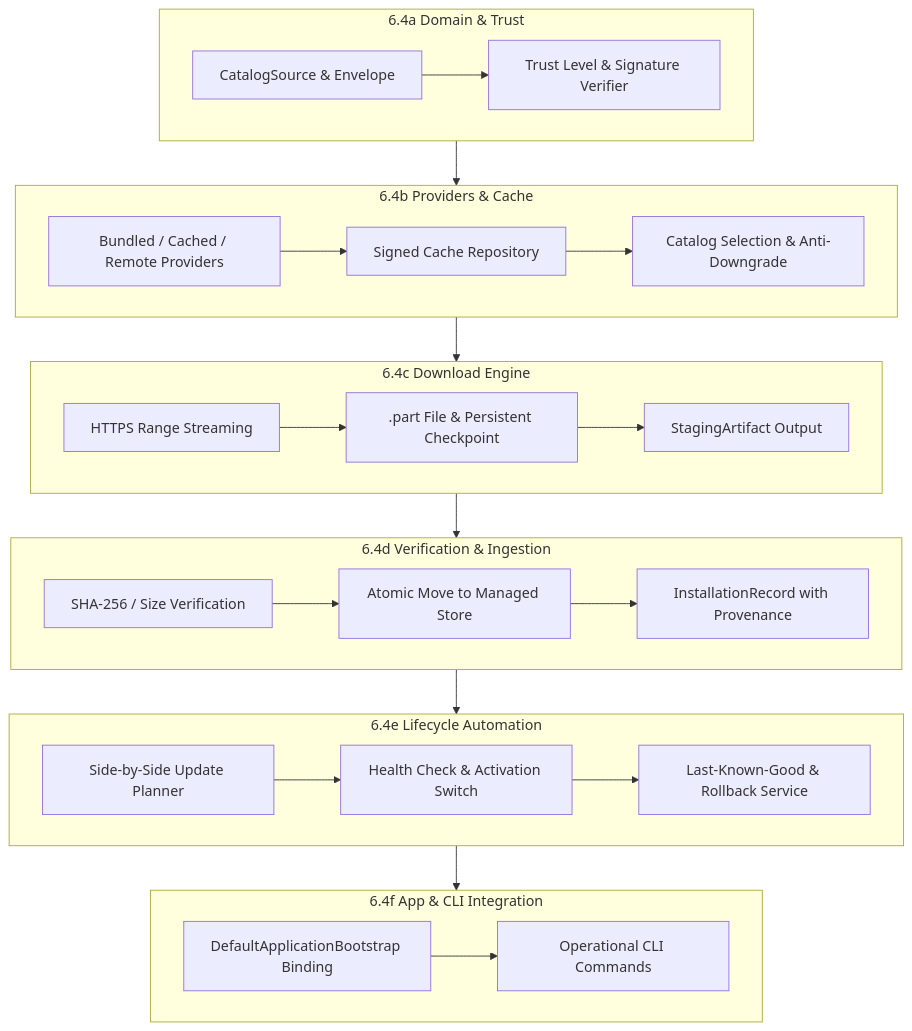
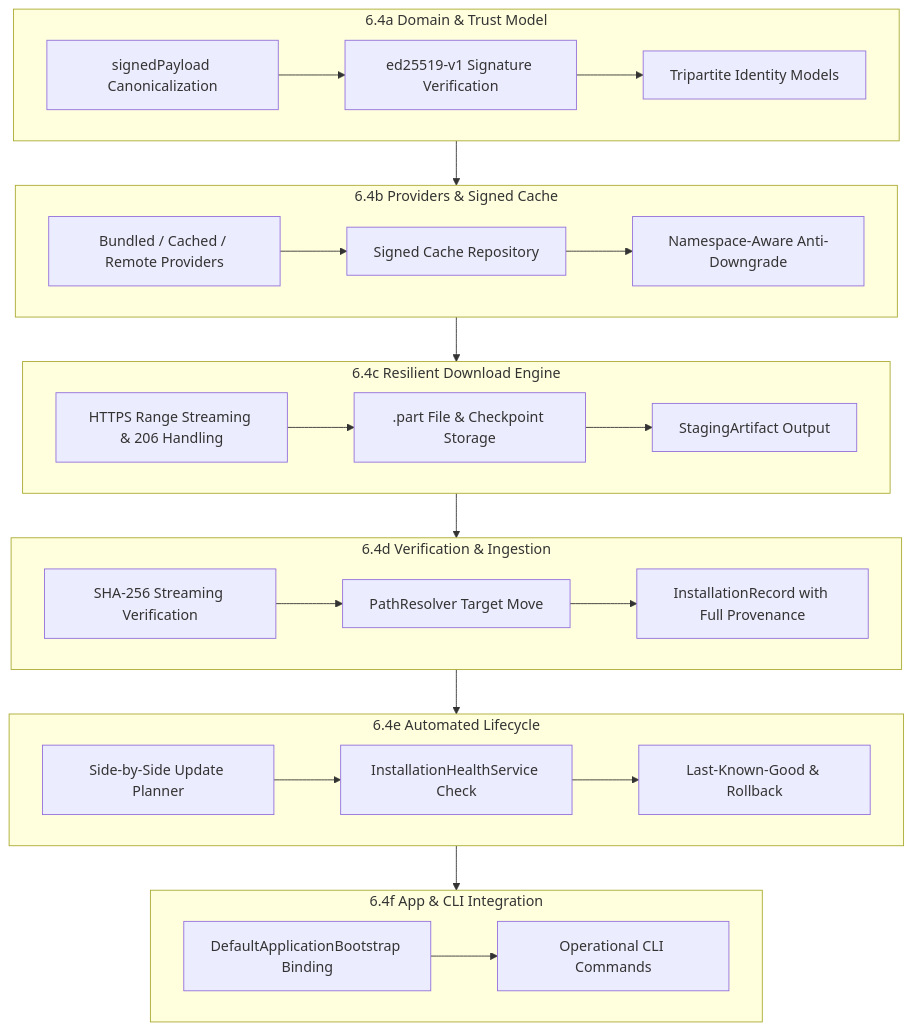
The diagram in docs/phase6/PHASE_6_4_ACQUISITION_AND_LIFECYCLE_SPEC.md (naturewhisp/aura), drawn with Mermaid before and after one commit. The commit also changed other lines of this file and 2 other files, not shown here.

Commit message:
docs: address findings in Phase 6.4 specification (signed payload scope, tripartite identity, 6.3 symbol alignment)

````diff
--- a/docs/phase6/PHASE_6_4_ACQUISITION_AND_LIFECYCLE_SPEC.md
+++ b/docs/phase6/PHASE_6_4_ACQUISITION_AND_LIFECYCLE_SPEC.md
@@ -56,31 +80,32 @@
 ```mermaid
 graph TD
-    subgraph 6.4a [6.4a Domain & Trust]
-        A1[CatalogSource & Envelope] --> A2[Trust Level & Signature Verifier]
+    subgraph 6.4a [6.4a Domain & Trust Model]
+        A1[signedPayload Canonicalization] --> A2[ed25519-v1 Signature Verification]
+        A2 --> A3[Tripartite Identity Models]
     end
-    subgraph 6.4b [6.4b Providers & Cache]
+    subgraph 6.4b [6.4b Providers & Signed Cache]
         B1[Bundled / Cached / Remote Providers] --> B2[Signed Cache Repository]
-        B2 --> B3[Catalog Selection & Anti-Downgrade]
+        B2 --> B3[Namespace-Aware Anti-Downgrade]
     end
-    subgraph 6.4c [6.4c Download Engine]
-        C1[HTTPS Range Streaming] --> C2[.part File & Persistent Checkpoint]
+    subgraph 6.4c [6.4c Resilient Download Engine]
+        C1[HTTPS Range Streaming & 206 Handling] --> C2[.part File & Checkpoint Storage]
         C2 --> C3[StagingArtifact Output]
     end
     subgraph 6.4d [6.4d Verification & Ingestion]
-        D1[SHA-256 / Size Verification] --> D2[Atomic Move to Managed Store]
-        D2 --> D3[InstallationRecord with Provenance]
+        D1[SHA-256 Streaming Verification] --> D2[PathResolver Target Move]
+        D2 --> D3[InstallationRecord with Full Provenance]
     end
-    subgraph 6.4e [6.4e Lifecycle Automation]
-        E1[Side-by-Side Update Planner] --> E2[Health Check & Activation Switch]
-        E2 --> E3[Last-Known-Good & Rollback Service]
+    subgraph 6.4e [6.4e Automated Lifecycle]
+        E1[Side-by-Side Update Planner] --> E2[InstallationHealthService Check]
+        E2 --> E3[Last-Known-Good & Rollback]
     end
     subgraph 6.4f [6.4f App & CLI Integration]
         F1[DefaultApplicationBootstrap Binding] --> F2[Operational CLI Commands]
     end
 
     6.4a --> 6.4b
     6.4b --> 6.4c
     6.4c --> 6.4d
     6.4d --> 6.4e
     6.4e --> 6.4f
 ```
````
